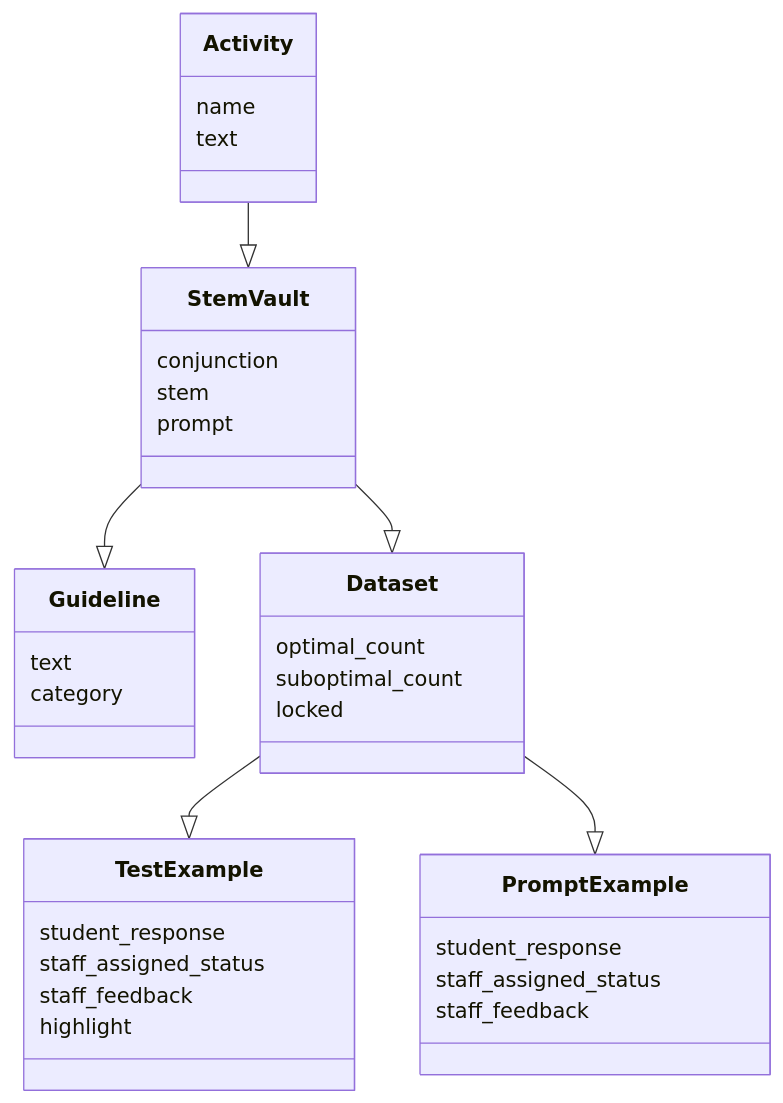
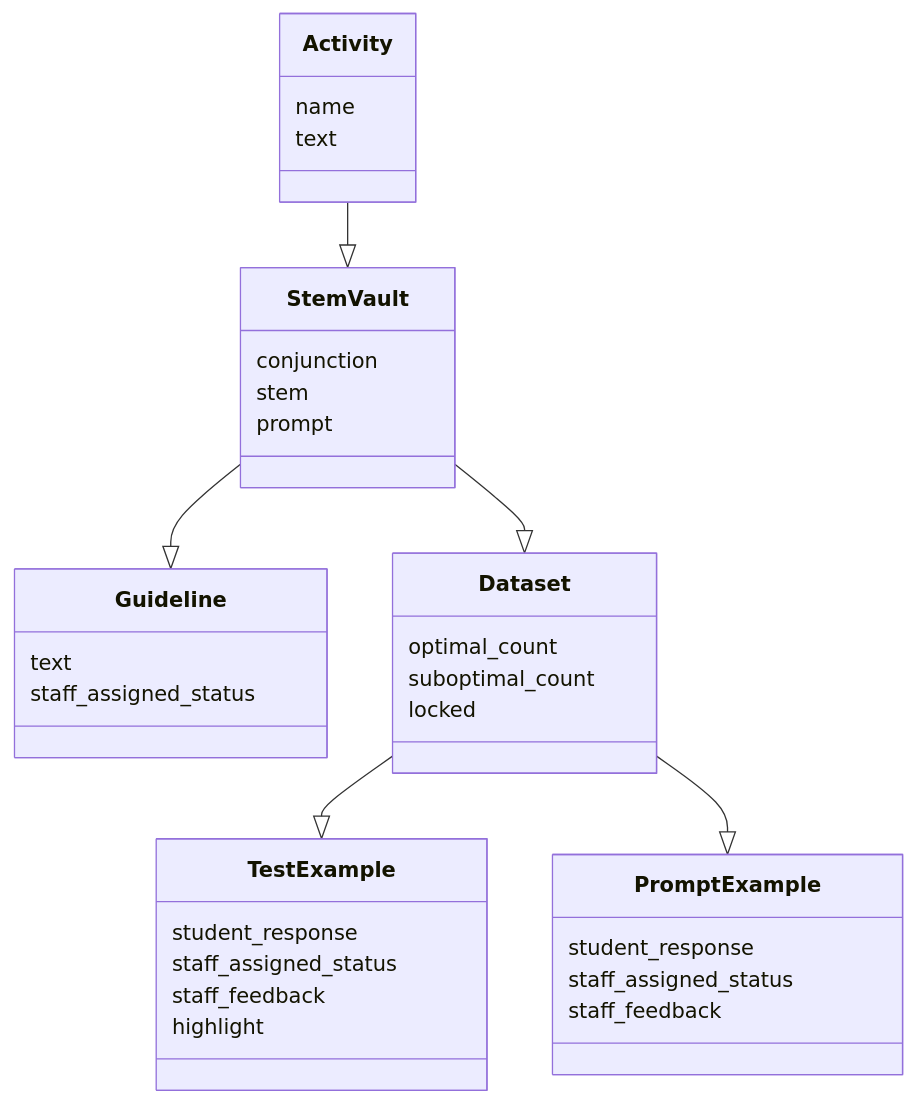
Before and after one commit to empirical-org/Empirical-Core: the first of 4 diagrams in services/QuillLMS/engines/evidence/app/models/evidence/research/readme.md, drawn with Mermaid. The commit also changed other lines of this file and 67 other files, not shown here.

````diff
--- a/services/QuillLMS/engines/evidence/app/models/evidence/research/readme.md
+++ b/services/QuillLMS/engines/evidence/app/models/evidence/research/readme.md
@@ -5,37 +7,37 @@
 ```mermaid
 classDiagram
     class Activity {
          name
          text
     }
     class StemVault {
          conjunction
          stem
          prompt
     }
     class Guideline {
         text
-        category
+        staff_assigned_status
     }
     class Dataset {
         optimal_count
         suboptimal_count
         locked
     }
     class TestExample {
           student_response
           staff_assigned_status
           staff_feedback
           highlight
     }
     class PromptExample {
           student_response
           staff_assigned_status
           staff_feedback
     }
     Activity --|> StemVault
     StemVault --|> Guideline
     StemVault --|> Dataset
     Dataset --|> TestExample
     Dataset --|> PromptExample
 ```
````
